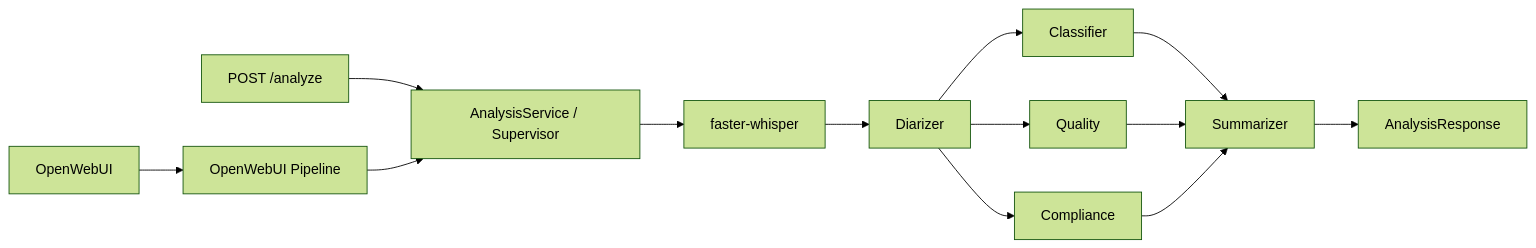
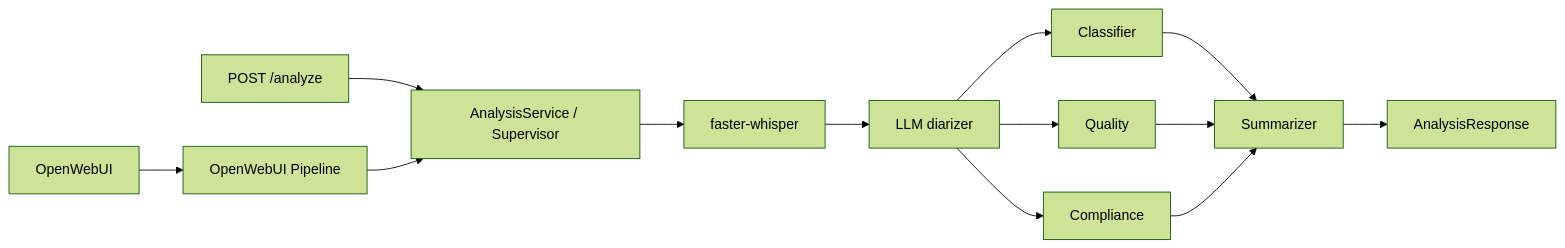
The first of 2 diagrams in README.md (vbuyel/mtbank-ai-hiring), drawn with Mermaid (forest theme) before and after one commit. The commit also changed other lines of this file, not shown here.

````diff
--- a/README.md
+++ b/README.md
@@ -9,15 +14,15 @@
 ```mermaid
 flowchart LR
     UI[OpenWebUI] --> P[OpenWebUI Pipeline]
     REST[POST /analyze] --> S[AnalysisService / Supervisor]
     P --> S
     S --> ASR[faster-whisper]
-    ASR --> D[Diarizer]
+    ASR --> D[LLM diarizer]
     D --> C[Classifier]
     D --> Q[Quality]
     D --> CO[Compliance]
     C --> SU[Summarizer]
     Q --> SU
     CO --> SU
     SU --> R[AnalysisResponse]
 ```
````
